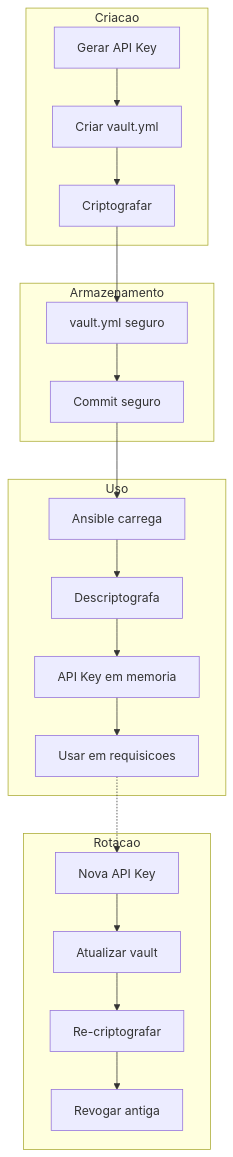
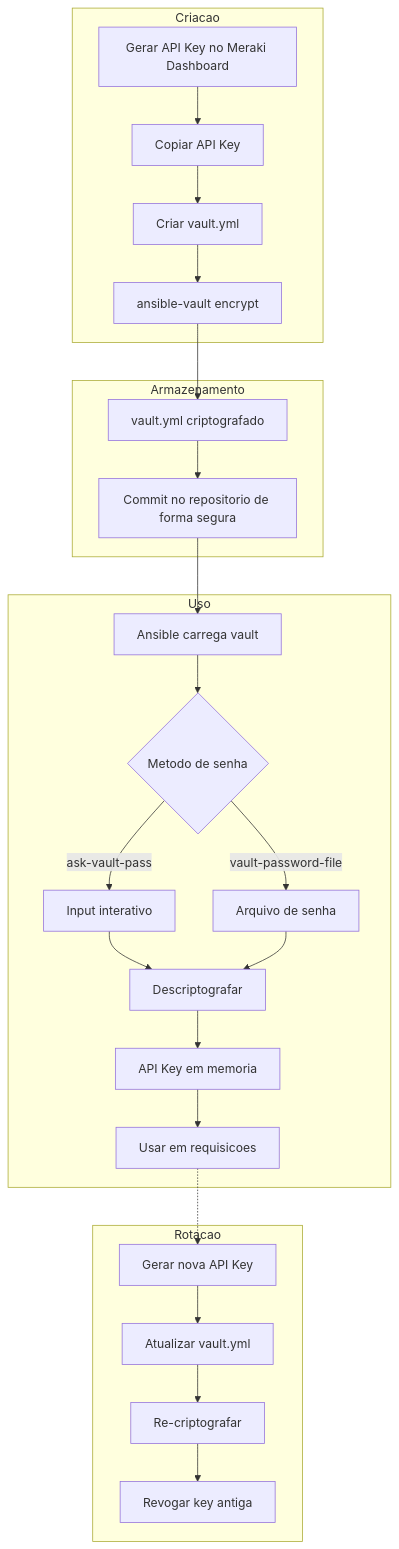
One commit to rodrigo-freitas-com/meraki-ansible changed the tenth of 13 diagrams in docs/system-modeling.md. Above: the diagram before and after it, drawn with Mermaid. The commit also changed other lines of this file, not shown here.

````diff
--- a/docs/system-modeling.md
+++ b/docs/system-modeling.md
@@ -307,27 +374,32 @@
 ```mermaid
 flowchart TD
-    subgraph Criacao
-        A[Gerar API Key] --> B[Criar vault.yml]
-        B --> C[Criptografar]
+    subgraph Criacao[Criacao]
+        A[Gerar API Key no Meraki Dashboard] --> B[Copiar API Key]
+        B --> C[Criar vault.yml]
+        C --> D[ansible-vault encrypt]
     end
 
-    subgraph Armazenamento
-        C --> D[vault.yml seguro]
-        D --> E[Commit seguro]
+    subgraph Armazenamento[Armazenamento]
+        D --> E[vault.yml criptografado]
+        E --> F[Commit no repositorio de forma segura]
     end
 
-    subgraph Uso
-        E --> F[Ansible carrega]
-        F --> G[Descriptografa]
-        G --> H[API Key em memoria]
-        H --> I[Usar em requisicoes]
+    subgraph Uso[Uso]
+        F --> G[Ansible carrega vault]
+        G --> H{Metodo de senha}
+        H -->|ask-vault-pass| I[Input interativo]
+        H -->|vault-password-file| J[Arquivo de senha]
+        I --> K[Descriptografar]
+        J --> K
+        K --> L[API Key em memoria]
+        L --> M[Usar em requisicoes]
     end
 
-    subgraph Rotacao
-        J[Nova API Key] --> K[Atualizar vault]
-        K --> L[Re-criptografar]
-        L --> M[Revogar antiga]
+    subgraph Rotacao[Rotacao]
+        N[Gerar nova API Key] --> O[Atualizar vault.yml]
+        O --> P[Re-criptografar]
+        P --> Q[Revogar key antiga]
     end
 
-    I -.-> J
+    M -.-> N
 ```
````
